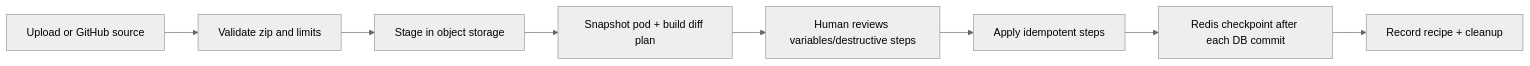
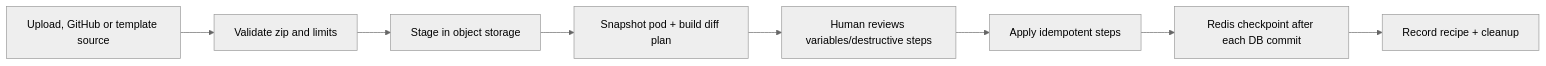
Before and after one commit to lemma-work/lemma-platform: the diagram in lemma-backend/docs/modules/pod_bundle.md, drawn with Mermaid (neutral theme). The commit also changed other lines of this file and 197 other files, not shown here.

````diff
--- a/lemma-backend/docs/modules/pod_bundle.md
+++ b/lemma-backend/docs/modules/pod_bundle.md
@@ -48,10 +50,10 @@
 ```mermaid
 flowchart LR
-    S["Upload or GitHub source"] --> V["Validate zip and limits"]
+    S["Upload, GitHub or template source"] --> V["Validate zip and limits"]
     V --> O["Stage in object storage"]
     O --> P["Snapshot pod + build diff plan"]
     P --> H["Human reviews variables/destructive steps"]
     H --> A["Apply idempotent steps"]
     A --> C["Redis checkpoint after each DB commit"]
     C --> R["Record recipe + cleanup"]
 ```
````
